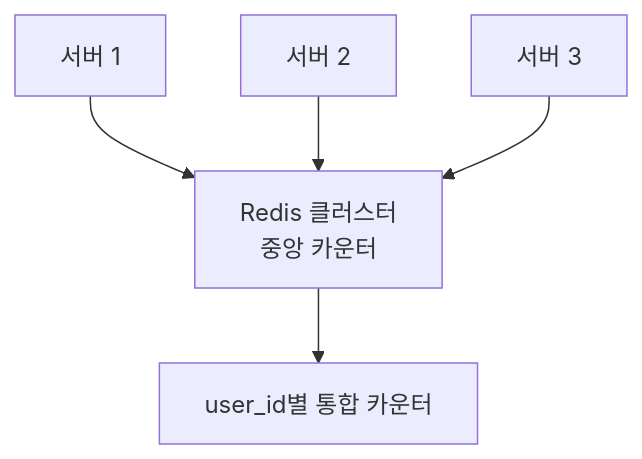
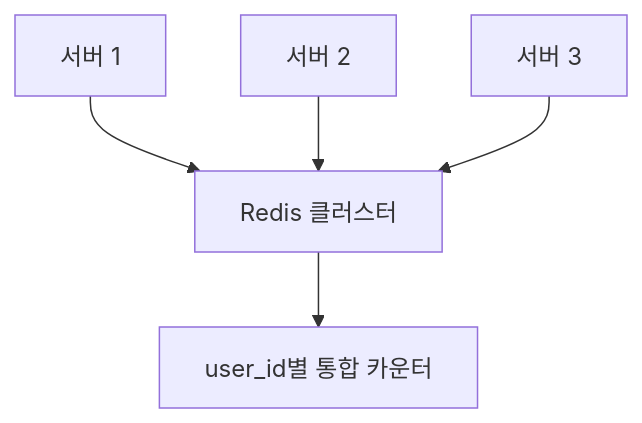
One commit to yjkim2015/yjkim2015.github.io changed the fourth of 7 diagrams in _posts/systemdesign/2026-05-02-system-design-rate-limiter.md. Above: the diagram before and after it, drawn with Mermaid. The commit also changed other lines of this file and 217 other files, not shown here.

First line of the commit message:
Mermaid 크기 수정: useMaxWidth:true + SVG max-width:100% + 라벨 축소

````diff
--- a/_posts/systemdesign/2026-05-02-system-design-rate-limiter.md
+++ b/_posts/systemdesign/2026-05-02-system-design-rate-limiter.md
@@ -152,7 +152,7 @@
 ```mermaid
 graph TD
-    S1["서버 1"] --> R["Redis 클러스터\n중앙 카운터"]
+    S1["서버 1"] --> R["Redis 클러스터"]
     S2["서버 2"] --> R
     S3["서버 3"] --> R
     R --> Count["user_id별 통합 카운터"]
 ```
````
